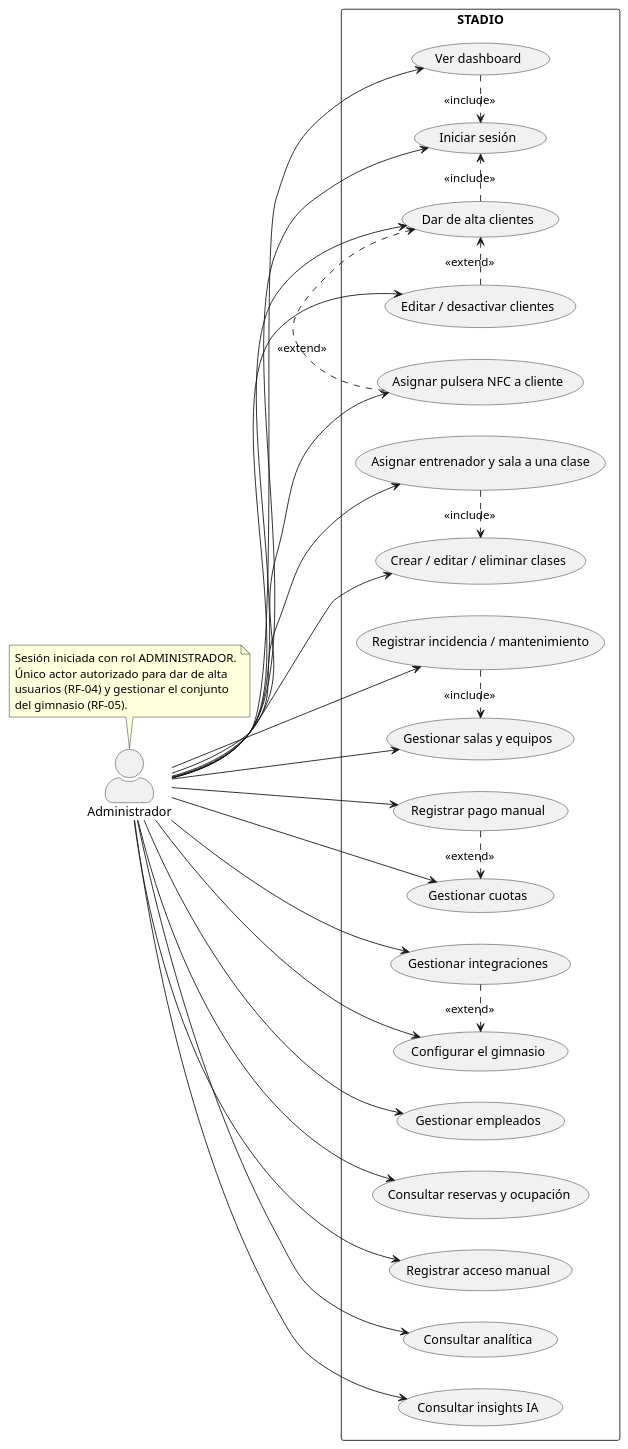
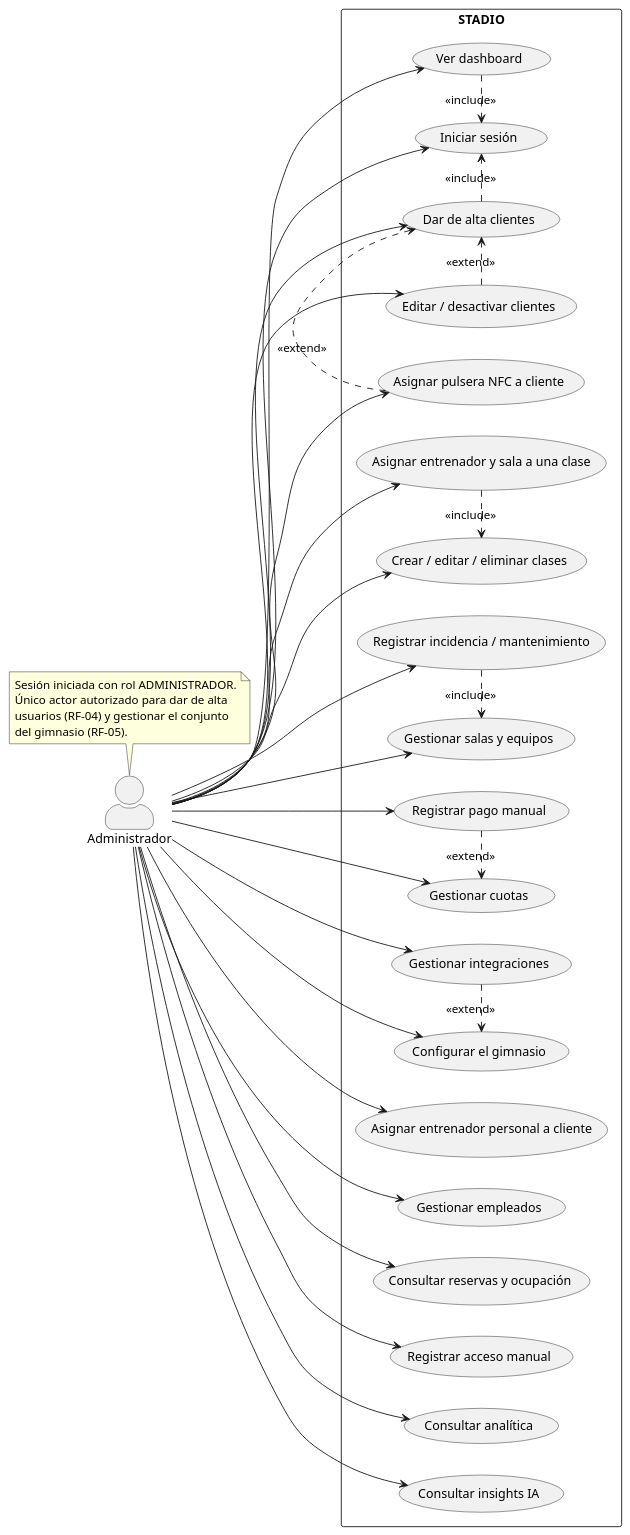
One commit to iis8-ua/stadio changed the diagram in docs/diagramas/casos-uso/administrador.puml. Above: the diagram before and after it, drawn with PlantUML. The commit also changed 25 other files, not shown here.

```diff
--- a/docs/diagramas/casos-uso/administrador.puml
+++ b/docs/diagramas/casos-uso/administrador.puml
@@ -1,65 +1,67 @@
 @startuml
 ' === STADIO - Casos de uso: ADMINISTRADOR ===
 left to right direction
 skinparam actorStyle awesome
 skinparam defaultFontName "Arial"
 
 actor "Administrador" as Admin
 
 rectangle "STADIO" {
   usecase "Iniciar sesión" as UC_Login
   usecase "Ver dashboard" as UC_Dash
   usecase "Dar de alta clientes" as UC_AltaCl
   usecase "Editar / desactivar clientes" as UC_EditCl
   usecase "Asignar pulsera NFC a cliente" as UC_NFC
+  usecase "Asignar entrenador personal a cliente" as UC_AsigEnt
   usecase "Gestionar empleados" as UC_Empleados
   usecase "Crear / editar / eliminar clases" as UC_Clases
   usecase "Asignar entrenador y sala a una clase" as UC_AsignarCl
   usecase "Consultar reservas y ocupación" as UC_Reservas
   usecase "Gestionar cuotas" as UC_Cuotas
   usecase "Registrar pago manual" as UC_PagoMan
   usecase "Registrar acceso manual" as UC_AccMan
   usecase "Gestionar salas y equipos" as UC_Instal
   usecase "Registrar incidencia / mantenimiento" as UC_Inc
   usecase "Consultar analítica" as UC_Analitica
   usecase "Consultar insights IA" as UC_IA
   usecase "Configurar el gimnasio" as UC_Conf
   usecase "Gestionar integraciones" as UC_Integ
 }
 
 Admin --> UC_Login
 Admin --> UC_Dash
 Admin --> UC_AltaCl
 Admin --> UC_EditCl
 Admin --> UC_NFC
+Admin --> UC_AsigEnt
 Admin --> UC_Empleados
 Admin --> UC_Clases
 Admin --> UC_AsignarCl
 Admin --> UC_Reservas
 Admin --> UC_Cuotas
 Admin --> UC_PagoMan
 Admin --> UC_AccMan
 Admin --> UC_Instal
 Admin --> UC_Inc
 Admin --> UC_Analitica
 Admin --> UC_IA
 Admin --> UC_Conf
 Admin --> UC_Integ
 
 note top of Admin
   Sesión iniciada con rol ADMINISTRADOR.
   Único actor autorizado para dar de alta
   usuarios (RF-04) y gestionar el conjunto
   del gimnasio (RF-05).
 end note
 
 UC_Dash .> UC_Login : <<include>>
 UC_AltaCl .> UC_Login : <<include>>
 UC_EditCl .> UC_AltaCl : <<extend>>
 UC_NFC .> UC_AltaCl : <<extend>>
 UC_AsignarCl .> UC_Clases : <<include>>
 UC_Inc .> UC_Instal : <<include>>
 UC_PagoMan .> UC_Cuotas : <<extend>>
 UC_Integ .> UC_Conf : <<extend>>
 
 @enduml
```
